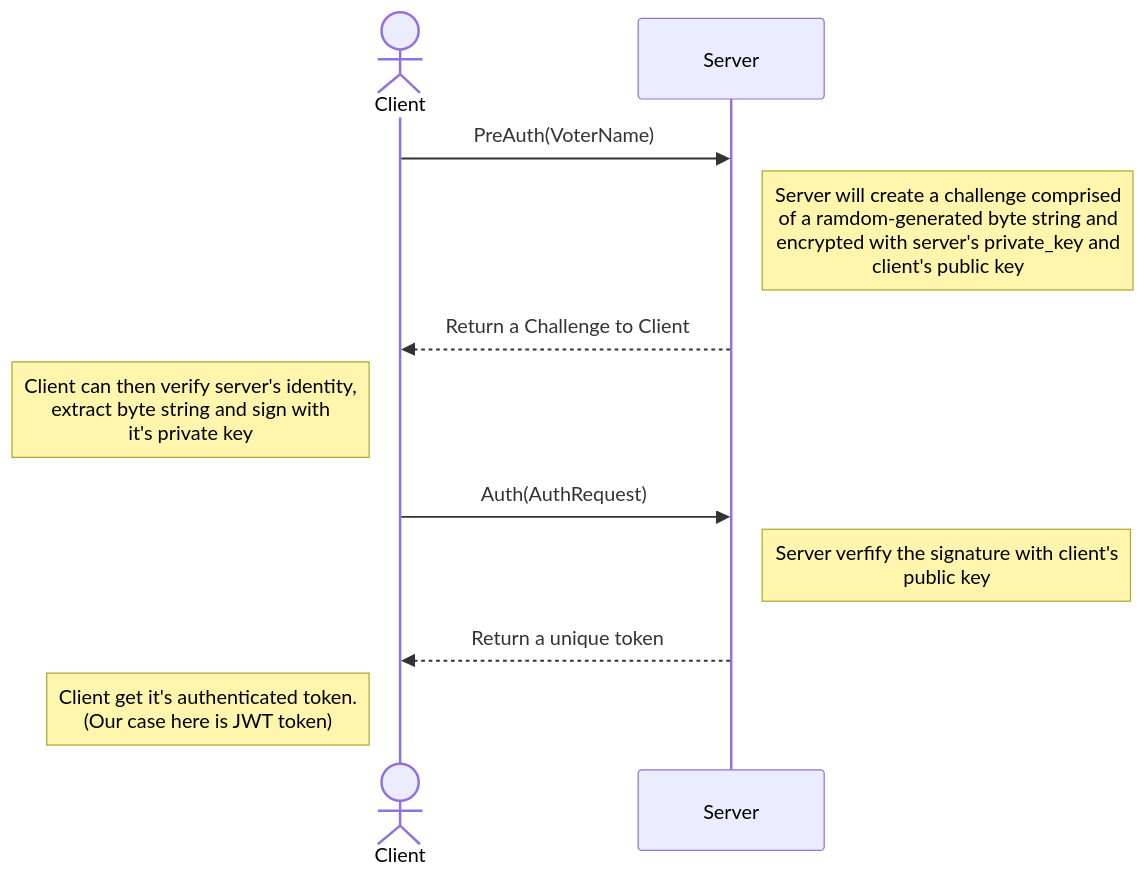
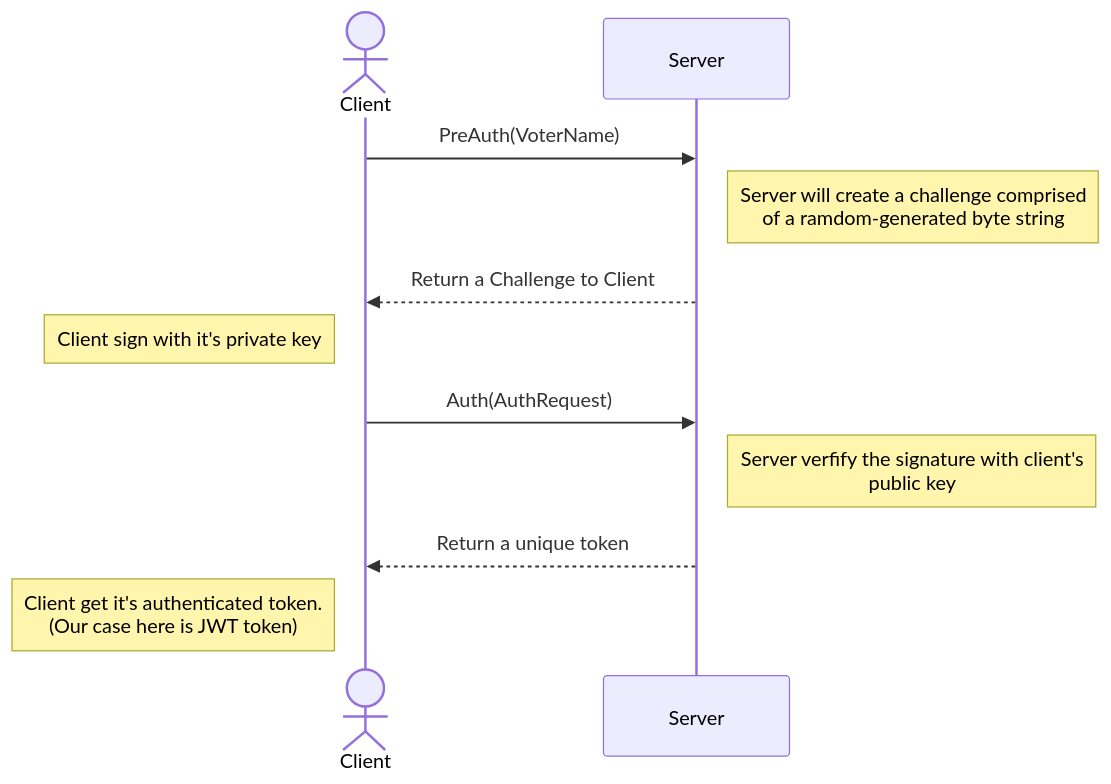
The diagram in doc/user-authentication.md (liyunghao/Online-Eletronic-Voting), drawn with Mermaid before and after one commit.

Commit message:
docs: update authentication docs

````diff
--- a/doc/user-authentication.md
+++ b/doc/user-authentication.md
@@ -7,13 +7,13 @@
 ```mermaid
 sequenceDiagram
     actor C as Client
     participant S as Server
     C ->> S: PreAuth(VoterName)
-    note right of S: Server will create a challenge comprised <br/>of a ramdom-generated byte string and <br/> encrypted with server's private_key and <br /> client's public key
+    note right of S: Server will create a challenge comprised <br/>of a ramdom-generated byte string
     S -->> C: Return a Challenge to Client
-    note left of C: Client can then verify server's identity, <br /> extract byte string and sign with <br /> it's private key
+    note left of C: Client sign with it's private key
     C ->> S: Auth(AuthRequest)
     note right of S: Server verfify the signature with client's <br /> public key
     S -->> C: Return a unique token
     note left of C: Client get it's authenticated token. <br />(Our case here is JWT token)
 ```
````
